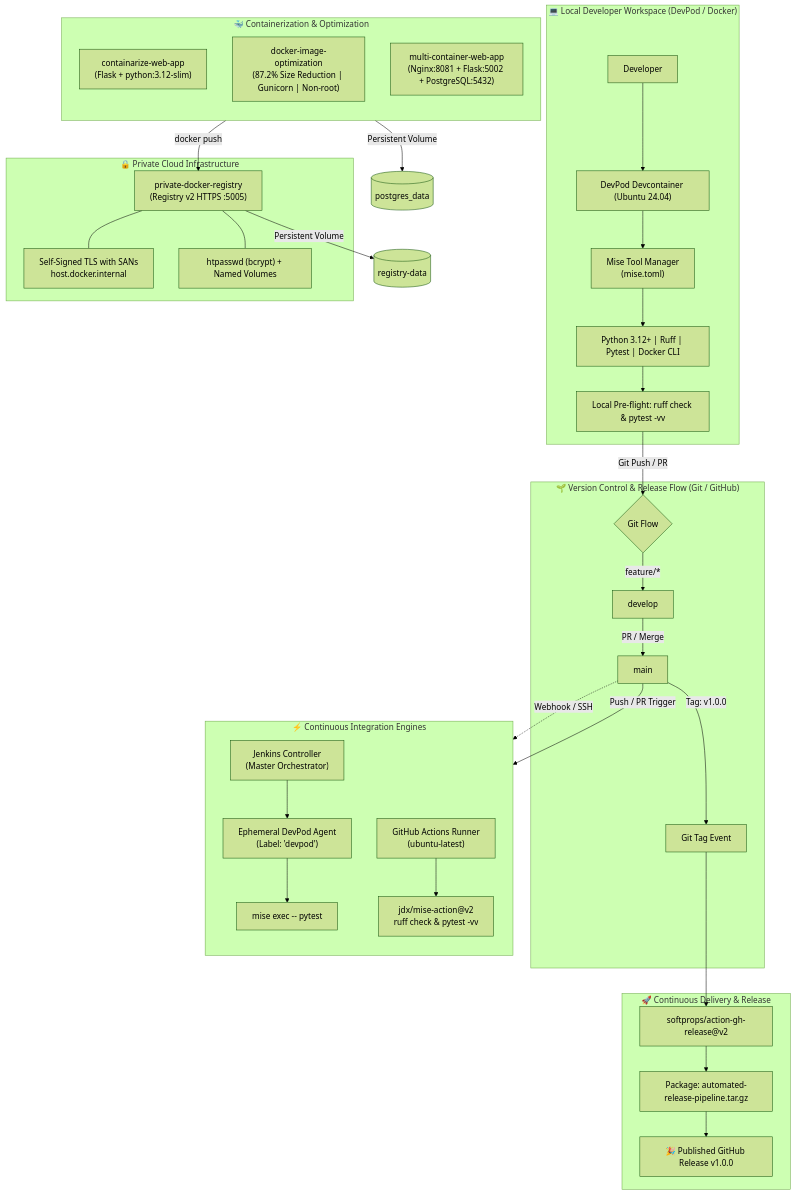
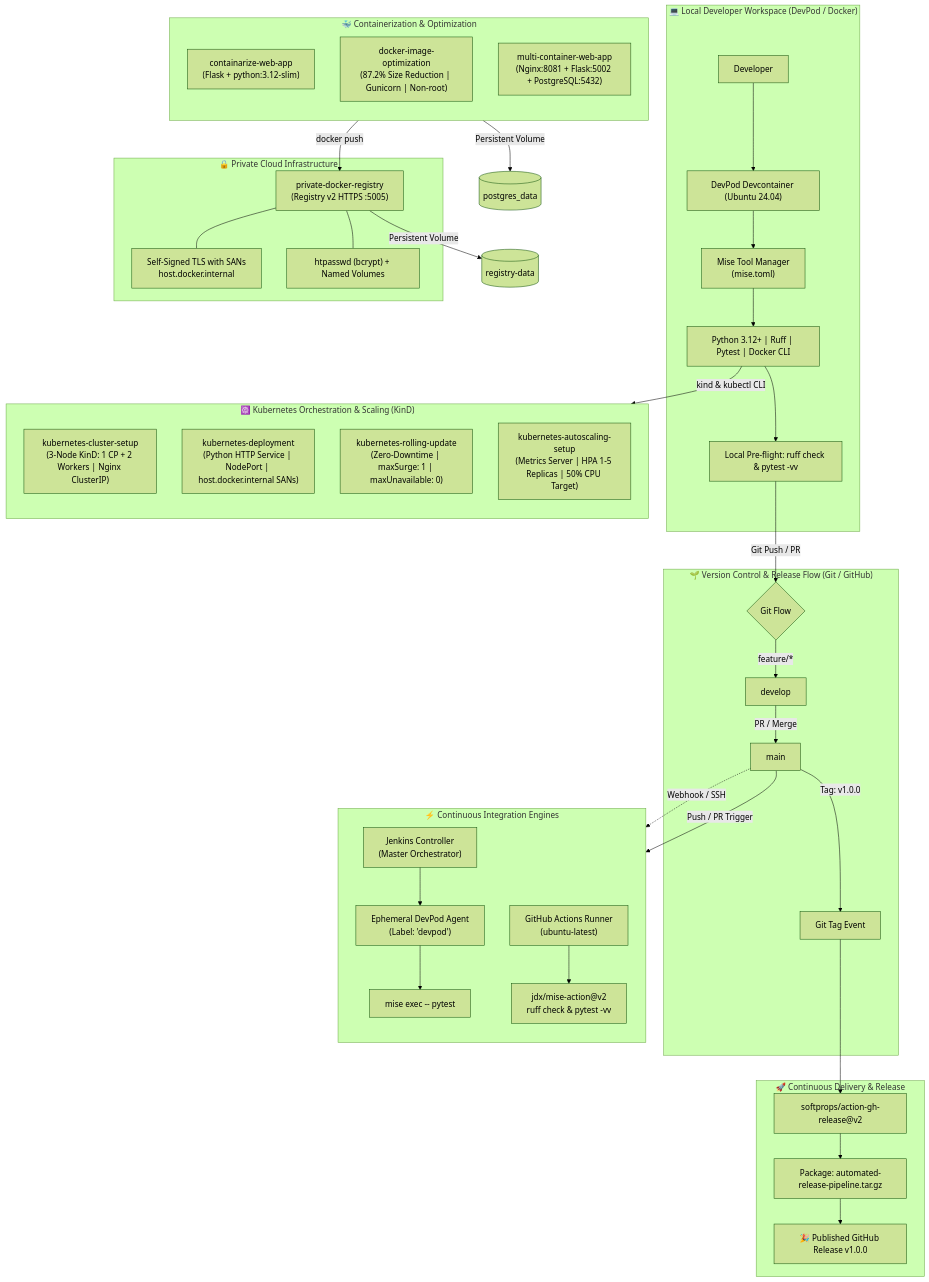
One commit to alanvarghese-dev/lab changed the first of 6 diagrams in README.md. Above: the diagram before and after it, drawn with Mermaid (forest theme). The commit also changed other lines of this file, not shown here.

````diff
--- a/README.md
+++ b/README.md
@@ -41,51 +44,60 @@
 ```mermaid
 flowchart TD
     subgraph DevWorkspace["💻 Local Developer Workspace (DevPod / Docker)"]
         Dev["Developer"] --> DevPod["DevPod Devcontainer (Ubuntu 24.04)"]
         DevPod --> MiseLocal["Mise Tool Manager\n(mise.toml)"]
         MiseLocal --> DevTools["Python 3.12+ | Ruff | Pytest | Docker CLI"]
         DevTools --> LocalCheck["Local Pre-flight: ruff check & pytest -vv"]
     end
 
     subgraph VCS["🌱 Version Control & Release Flow (Git / GitHub)"]
         LocalCheck -->|Git Push / PR| GitFlow{"Git Flow"}
         GitFlow -->|feature/*| DevBranch["develop"]
         DevBranch -->|PR / Merge| MainBranch["main"]
         MainBranch -->|Tag: v1.0.0| GitTag["Git Tag Event"]
     end
 
     subgraph CI_Pipelines["⚡ Continuous Integration Engines"]
         direction TB
         MainBranch -.->|Webhook / SSH| JenkinsController["Jenkins Controller\n(Master Orchestrator)"]
         JenkinsController --> DevPodAgent["Ephemeral DevPod Agent\n(Label: 'devpod')"]
         DevPodAgent --> J_Test["mise exec -- pytest"]
 
         MainBranch -->|Push / PR Trigger| GHA["GitHub Actions Runner\n(ubuntu-latest)"]
         GHA --> GHA_Gate["jdx/mise-action@v2\nruff check & pytest -vv"]
     end
 
     subgraph CD_Release["🚀 Continuous Delivery & Release"]
         GitTag --> ReleaseAction["softprops/action-gh-release@v2"]
         ReleaseAction --> Tarball["Package: automated-release-pipeline.tar.gz"]
         Tarball --> GH_Release["🎉 Published GitHub Release v1.0.0"]
     end
 
     subgraph Container_Lab["🐳 Containerization & Optimization"]
         direction TB
         BasicDocker["containarize-web-app\n(Flask + python:3.12-slim)"]
         OptimizedDocker["docker-image-optimization\n(87.2% Size Reduction | Gunicorn | Non-root)"]
         MultiContainer["multi-container-web-app\n(Nginx:8081 + Flask:5002 + PostgreSQL:5432)"]
     end
 
     subgraph Private_Infra["🔒 Private Cloud Infrastructure"]
         PrivateReg["private-docker-registry\n(Registry v2 HTTPS :5005)"]
         TLS["Self-Signed TLS with SANs\nhost.docker.internal"]
         Auth["htpasswd (bcrypt) + Named Volumes"]
         PrivateReg --- TLS
         PrivateReg --- Auth
     end
 
+    subgraph K8s_Lab["☸️ Kubernetes Orchestration & Scaling (KinD)"]
+        direction TB
+        K8sCluster["kubernetes-cluster-setup\n(3-Node KinD: 1 CP + 2 Workers | Nginx ClusterIP)"]
+        K8sDeploy["kubernetes-deployment\n(Python HTTP Service | NodePort | host.docker.internal SANs)"]
+        K8sRollout["kubernetes-rolling-update\n(Zero-Downtime | maxSurge: 1 | maxUnavailable: 0)"]
+        K8sHPA["kubernetes-autoscaling-setup\n(Metrics Server | HPA 1-5 Replicas | 50% CPU Target)"]
+    end
+
     OptimizedDocker -->|docker push| PrivateReg
     MultiContainer -->|Persistent Volume| DBData[("postgres_data")]
     PrivateReg -->|Persistent Volume| RegData[("registry-data")]
+    DevTools -->|kind & kubectl CLI| K8s_Lab
 ```
````
